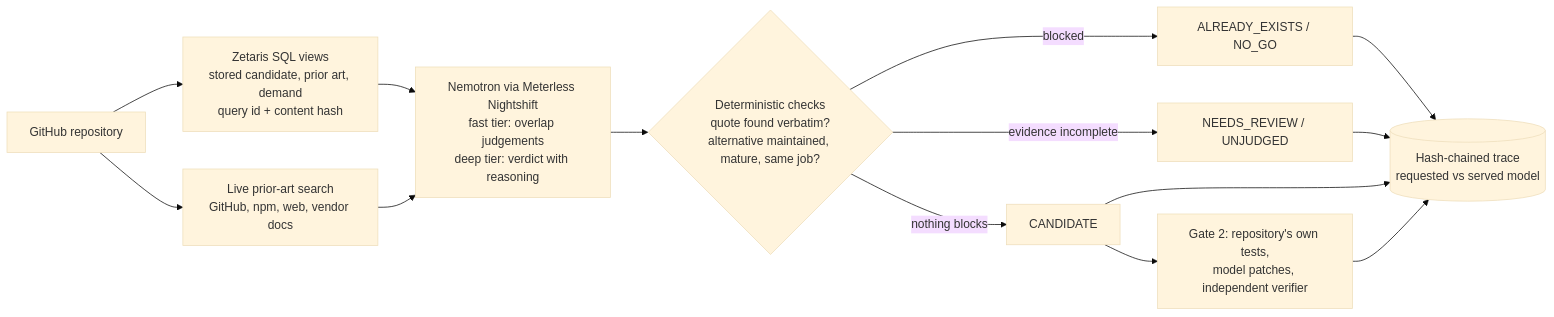
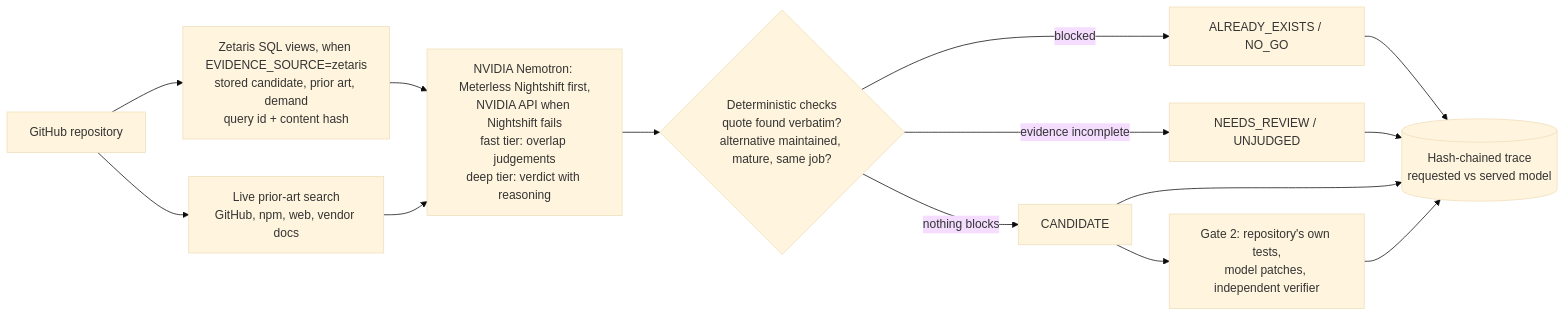
One commit to Fu93/phoenixrepo changed the diagram in README.md. Above: the diagram before and after it, drawn with Mermaid (base theme). The commit also changed other lines of this file and 7 other files, not shown here.

````diff
--- a/README.md
+++ b/README.md
@@ -19,13 +19,13 @@
 ```mermaid
 flowchart LR
-  A[GitHub repository] --> B[Zetaris SQL views<br/>stored candidate, prior art, demand<br/>query id + content hash]
+  A[GitHub repository] --> B[Zetaris SQL views, when EVIDENCE_SOURCE=zetaris<br/>stored candidate, prior art, demand<br/>query id + content hash]
   A --> C[Live prior-art search<br/>GitHub, npm, web, vendor docs]
-  B --> D[Nemotron via Meterless Nightshift<br/>fast tier: overlap judgements<br/>deep tier: verdict with reasoning]
+  B --> D[NVIDIA Nemotron: Meterless Nightshift first,<br/>NVIDIA API when Nightshift fails<br/>fast tier: overlap judgements<br/>deep tier: verdict with reasoning]
   C --> D
   D --> E{Deterministic checks<br/>quote found verbatim?<br/>alternative maintained, mature, same job?}
   E -->|blocked| F[ALREADY_EXISTS / NO_GO]
   E -->|evidence incomplete| G[NEEDS_REVIEW / UNJUDGED]
   E -->|nothing blocks| H[CANDIDATE]
   H --> I[Gate 2: repository's own tests,<br/>model patches, independent verifier]
   F & G & H & I --> J[(Hash-chained trace<br/>requested vs served model)]
 ```
````
